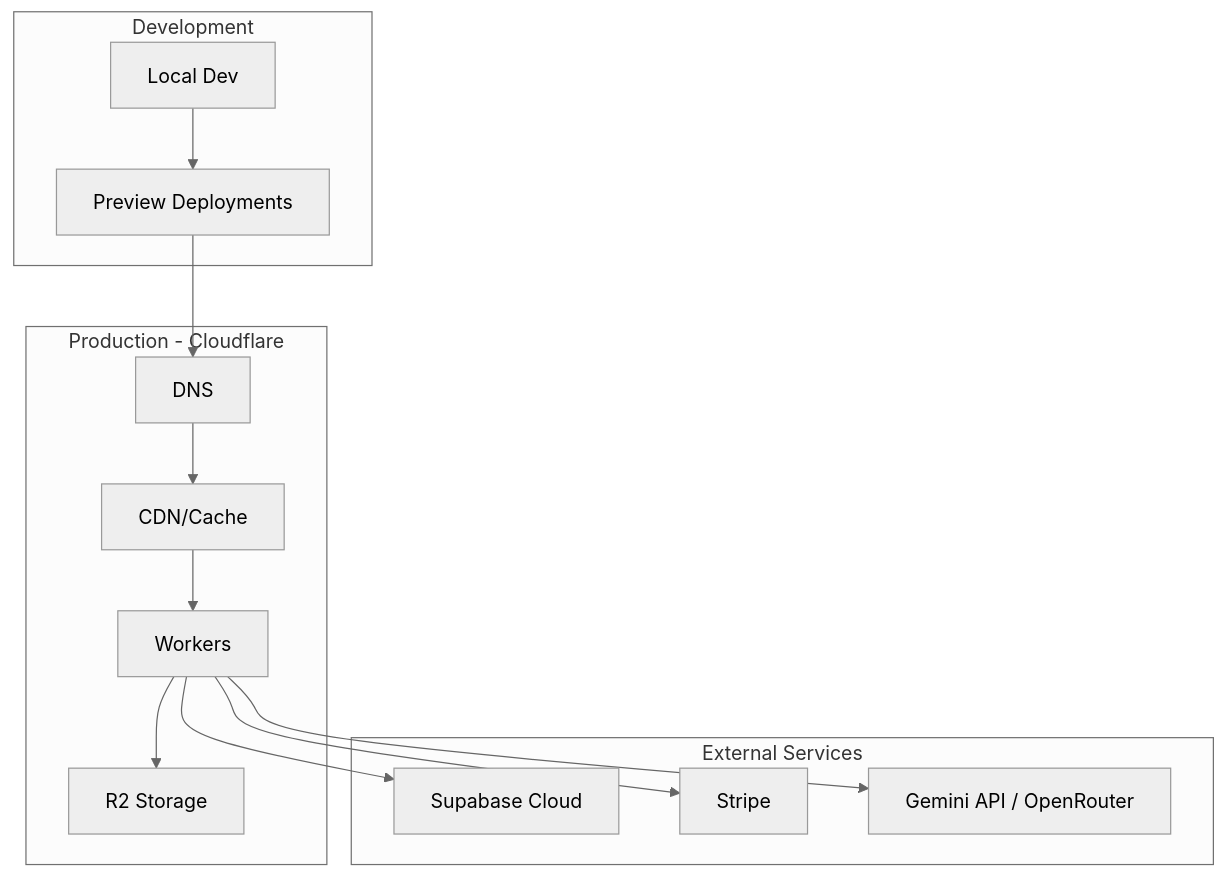
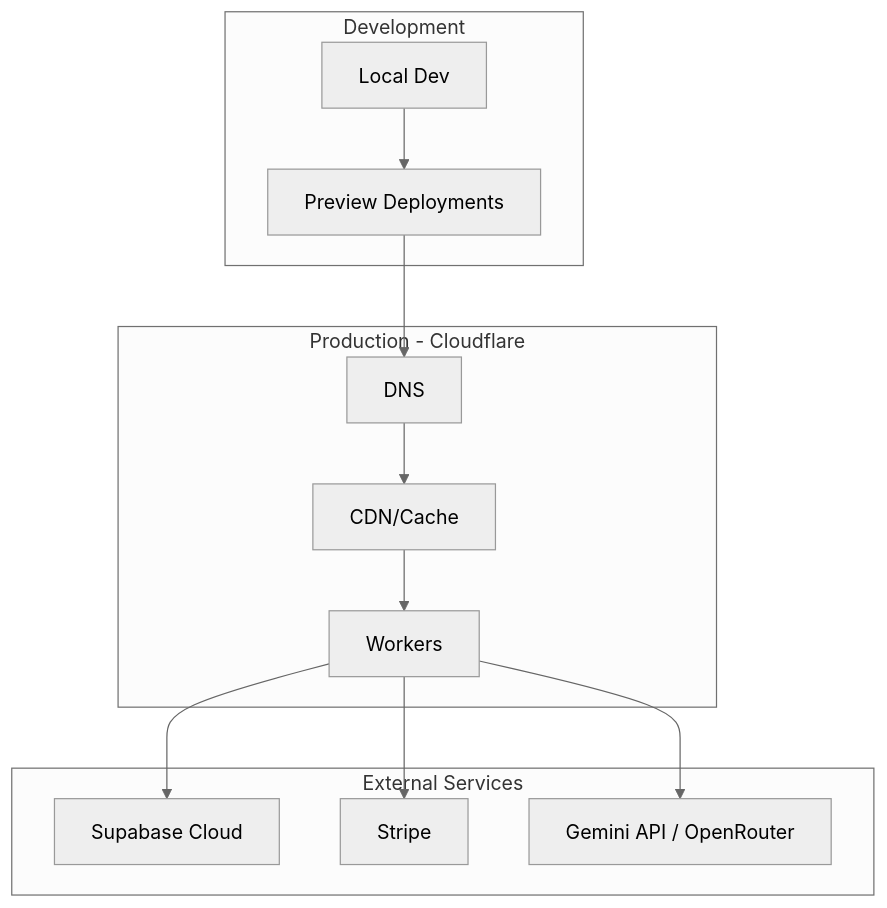
The sixth of 10 diagrams in docs/technical/system-architecture.md (jonit-dev/pixelperfect), drawn with Mermaid (neutral theme) before and after one commit. The commit also changed other lines of this file and 10 other files, not shown here.

````diff
--- a/docs/technical/system-architecture.md
+++ b/docs/technical/system-architecture.md
@@ -223,31 +208,29 @@
 ```mermaid
 graph TB
     subgraph "Development"
         LOCAL[Local Dev]
         PREVIEW[Preview Deployments]
     end
 
     subgraph "Production - Cloudflare"
         CF_DNS[DNS]
         CF_CDN[CDN/Cache]
         CF_WORKERS[Workers]
-        CF_R2[R2 Storage]
     end
 
     subgraph "External Services"
         SUPABASE[Supabase Cloud]
         STRIPE_SVC[Stripe]
         GEMINI_SVC[Gemini API / OpenRouter]
     end
 
     LOCAL --> PREVIEW
     PREVIEW --> CF_DNS
 
     CF_DNS --> CF_CDN
     CF_CDN --> CF_WORKERS
-    CF_WORKERS --> CF_R2
 
     CF_WORKERS --> SUPABASE
     CF_WORKERS --> STRIPE_SVC
     CF_WORKERS --> GEMINI_SVC
 ```
````
